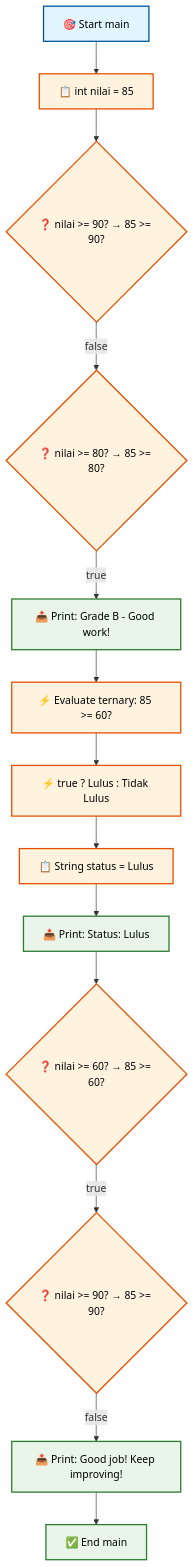
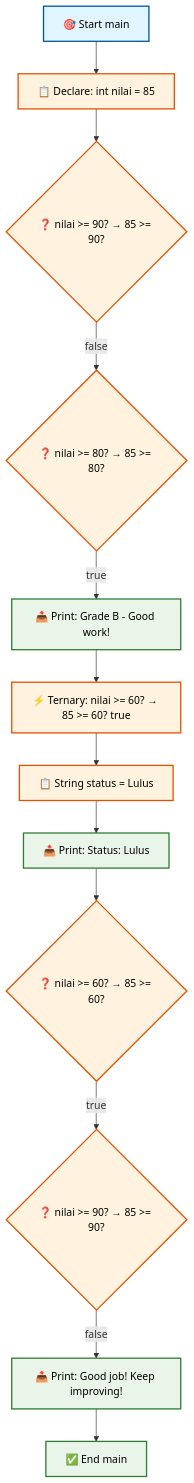
Before and after one commit to antonprafanto/flutter: the fourth of 15 diagrams in minggu2.md, drawn with Mermaid. The commit also changed other lines of this file, not shown here.

````diff
--- a/minggu2.md
+++ b/minggu2.md
@@ -264,29 +270,27 @@
 ```mermaid
 flowchart TD
-    A[🎯 Start main] --> B[📋 int nilai = 85]
+    A[🎯 Start main] --> B[📋 Declare: int nilai = 85]
     B --> C{❓ nilai >= 90? → 85 >= 90?}
     C -->|false| D{❓ nilai >= 80? → 85 >= 80?}
     D -->|true| E[📤 Print: Grade B - Good work!]
-    E --> F[⚡ Evaluate ternary: 85 >= 60?]
-    F --> G[⚡ true ? Lulus : Tidak Lulus]
-    G --> H[📋 String status = Lulus]
-    H --> I[📤 Print: Status: Lulus]
-    I --> J{❓ nilai >= 60? → 85 >= 60?}
-    J -->|true| K{❓ nilai >= 90? → 85 >= 90?}
-    K -->|false| L[📤 Print: Good job! Keep improving!]
-    L --> M[✅ End main]
+    E --> F[⚡ Ternary: nilai >= 60? → 85 >= 60? true]
+    F --> G[📋 String status = Lulus]
+    G --> H[📤 Print: Status: Lulus]
+    H --> I{❓ nilai >= 60? → 85 >= 60?}
+    I -->|true| J{❓ nilai >= 90? → 85 >= 90?}
+    J -->|false| K[📤 Print: Good job! Keep improving!]
+    K --> L[✅ End main]
     
     style A fill:#e1f5fe,stroke:#01579b,stroke-width:2px,color:#000
     style B fill:#fff3e0,stroke:#e65100,stroke-width:2px,color:#000
     style C fill:#fff3e0,stroke:#e65100,stroke-width:2px,color:#000
     style D fill:#fff3e0,stroke:#e65100,stroke-width:2px,color:#000
     style E fill:#e8f5e8,stroke:#2e7d32,stroke-width:2px,color:#000
     style F fill:#fff3e0,stroke:#e65100,stroke-width:2px,color:#000
     style G fill:#fff3e0,stroke:#e65100,stroke-width:2px,color:#000
-    style H fill:#fff3e0,stroke:#e65100,stroke-width:2px,color:#000
-    style I fill:#e8f5e8,stroke:#2e7d32,stroke-width:2px,color:#000
+    style H fill:#e8f5e8,stroke:#2e7d32,stroke-width:2px,color:#000
+    style I fill:#fff3e0,stroke:#e65100,stroke-width:2px,color:#000
     style J fill:#fff3e0,stroke:#e65100,stroke-width:2px,color:#000
-    style K fill:#fff3e0,stroke:#e65100,stroke-width:2px,color:#000
+    style K fill:#e8f5e8,stroke:#2e7d32,stroke-width:2px,color:#000
     style L fill:#e8f5e8,stroke:#2e7d32,stroke-width:2px,color:#000
-    style M fill:#e8f5e8,stroke:#2e7d32,stroke-width:2px,color:#000
 ```
````
